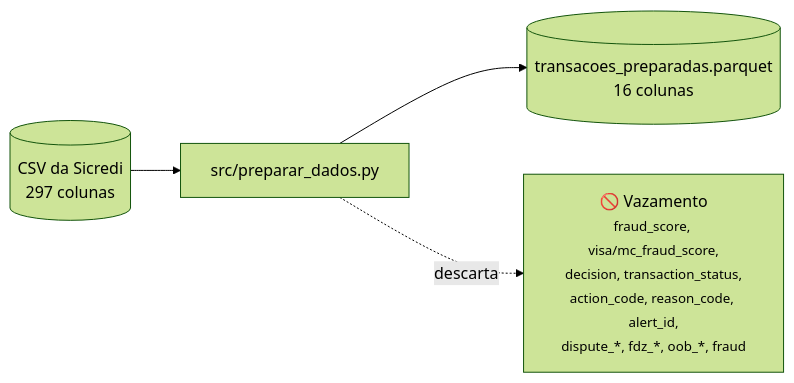
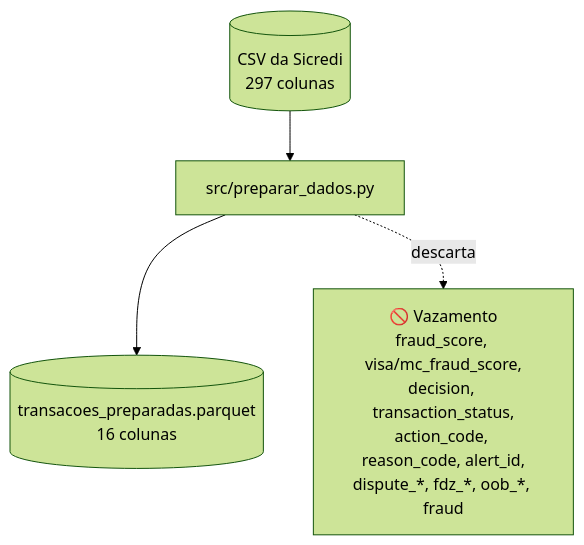
The tenth of 15 diagrams in README.md (PedroMLegnaghi/Sentinela_IBM_SkillsBuildAILab_Sicredi_challenge), drawn with Mermaid (forest theme) before and after one commit. The commit also changed other lines of this file, not shown here.

Commit message:
docs: corrige a formatação dos diagramas do README no GitHub (#149)

````diff
--- a/README.md
+++ b/README.md
@@ -417,6 +418,6 @@
 ```mermaid
-flowchart LR
+flowchart TD
     CSV[("CSV da Sicredi<br/>297 colunas")] --> P["src/preparar_dados.py"]
     P --> PQ[("transacoes_preparadas.parquet<br/>16 colunas")]
-    P -. descarta .-> X["🚫 Vazamento<br/><small>fraud_score, visa/mc_fraud_score,<br/>decision, transaction_status,<br/>action_code, reason_code, alert_id,<br/>dispute_*, fdz_*, oob_*, fraud</small>"]
+    P -. descarta .-> X["🚫 Vazamento<br/>fraud_score, visa/mc_fraud_score,<br/>decision, transaction_status,<br/>action_code, reason_code, alert_id,<br/>dispute_*, fdz_*, oob_*, fraud"]
 ```
````
